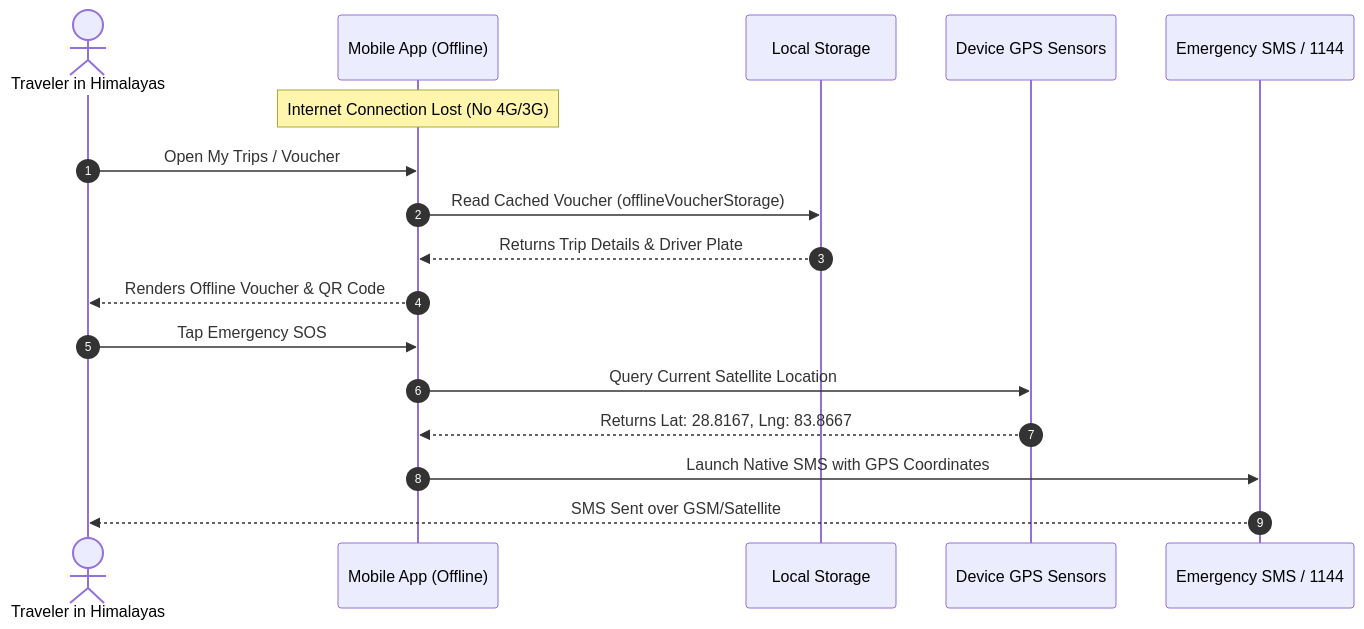
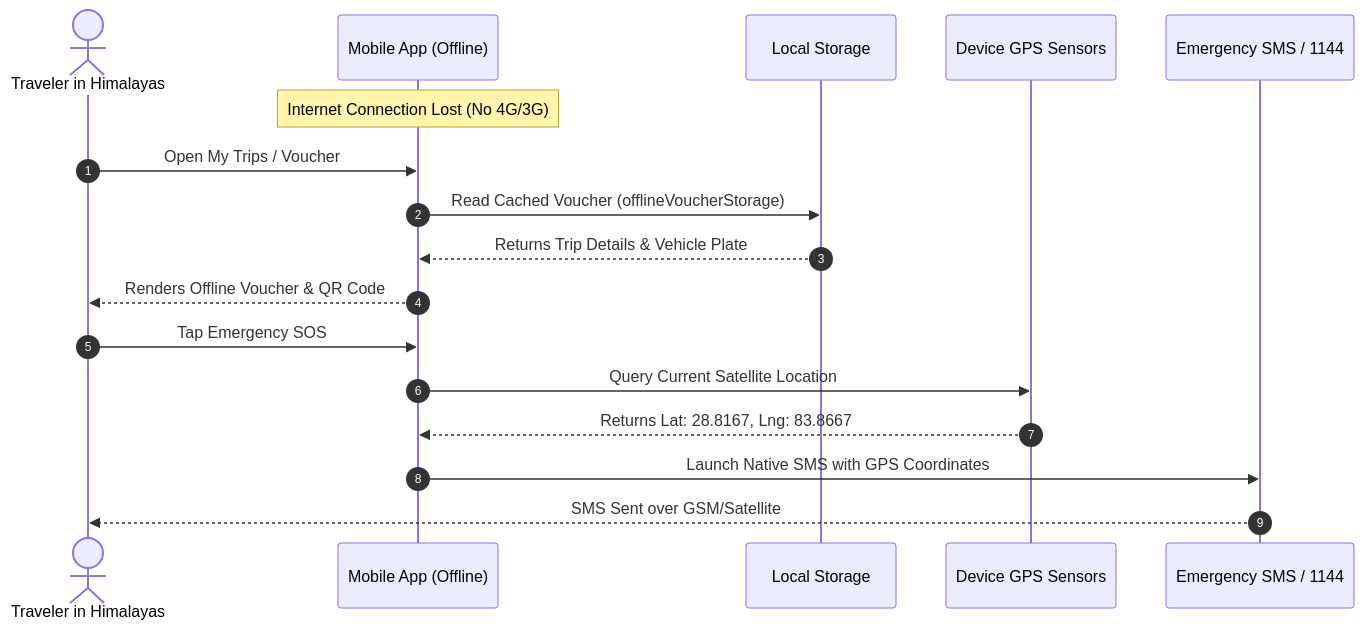
Before and after one commit to Samman162/DriveKendra.Mobile: the diagram in docs/OFFLINE_AND_RESILIENCE.md, drawn with Mermaid. The commit also changed other lines of this file and 20 other files, not shown here.

````diff
--- a/docs/OFFLINE_AND_RESILIENCE.md
+++ b/docs/OFFLINE_AND_RESILIENCE.md
@@ -180,21 +157,21 @@
 ```mermaid
 sequenceDiagram
     autonumber
     actor Traveler as Traveler in Himalayas
     participant Client as Mobile App (Offline)
     participant Storage as Local Storage
     participant GPS as Device GPS Sensors
     participant Hotline as Emergency SMS / 1144
 
     Note over Client: Internet Connection Lost (No 4G/3G)
     Traveler->>Client: Open My Trips / Voucher
     Client->>Storage: Read Cached Voucher (offlineVoucherStorage)
-    Storage-->>Client: Returns Trip Details & Driver Plate
+    Storage-->>Client: Returns Trip Details & Vehicle Plate
     Client-->>Traveler: Renders Offline Voucher & QR Code
 
     Traveler->>Client: Tap Emergency SOS
     Client->>GPS: Query Current Satellite Location
     GPS-->>Client: Returns Lat: 28.8167, Lng: 83.8667
     Client->>Hotline: Launch Native SMS with GPS Coordinates
     Hotline-->>Traveler: SMS Sent over GSM/Satellite
 ```
````
